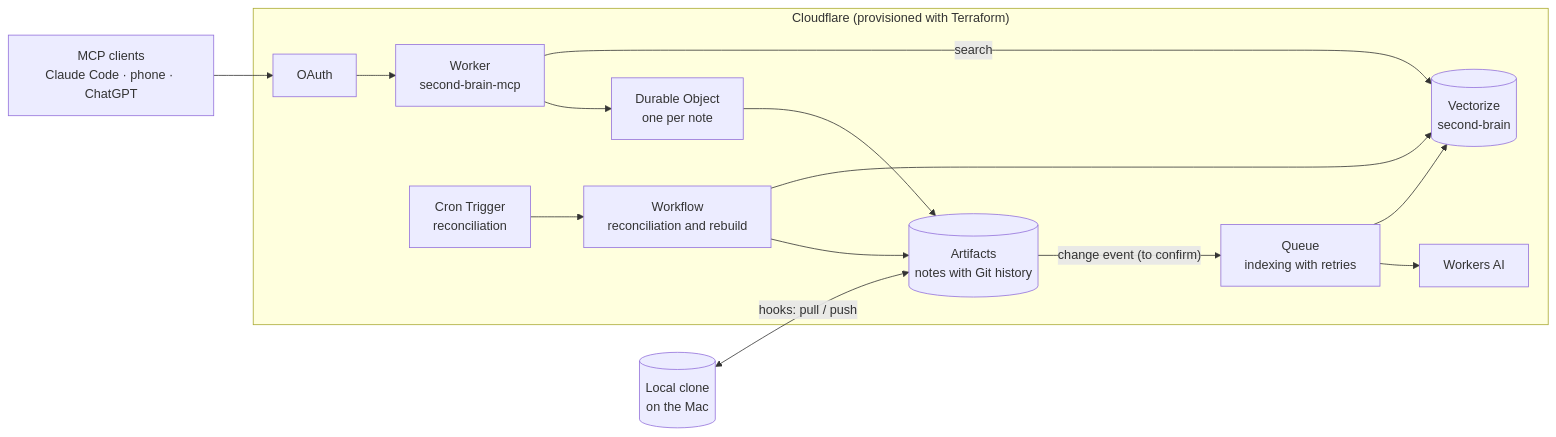
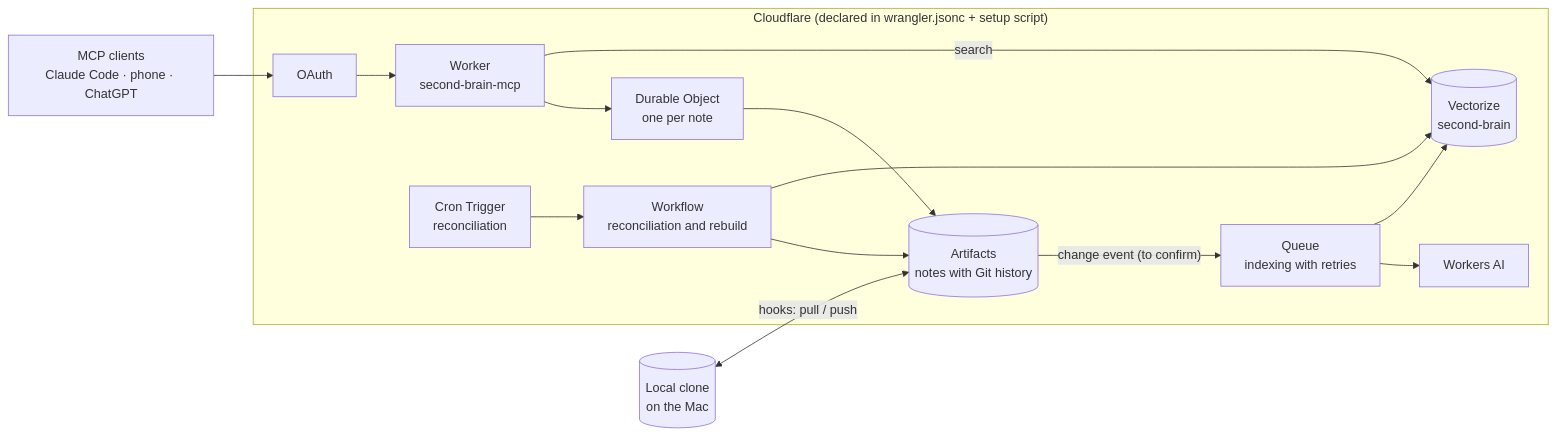
One commit to YudiG12/second-brain-mcp changed the diagram in docs/prd/v2.md. Above: the diagram before and after it, drawn with Mermaid. The commit also changed other lines of this file, not shown here.

Commit message:
PRD v2: infrastructure with Wrangler and a setup script (ADR 006) (#29)

````diff
--- a/docs/prd/v2.md
+++ b/docs/prd/v2.md
@@ -44,27 +44,27 @@
 ```mermaid
 flowchart LR
     clients["MCP clients<br/>Claude Code · phone · ChatGPT"]
-    subgraph cf["Cloudflare (provisioned with Terraform)"]
+    subgraph cf["Cloudflare (declared in wrangler.jsonc + setup script)"]
         oauth["OAuth"]
         worker["Worker<br/>second-brain-mcp"]
         dobj["Durable Object<br/>one per note"]
         notes[("Artifacts<br/>notes with Git history")]
         queue["Queue<br/>indexing with retries"]
         wf["Workflow<br/>reconciliation and rebuild"]
         ai["Workers AI"]
         vec[("Vectorize<br/>second-brain")]
         cron["Cron Trigger<br/>reconciliation"]
     end
     mac[("Local clone<br/>on the Mac")]
 
     clients --> oauth --> worker
     worker --> dobj --> notes
     worker -- "search" --> vec
     notes -- "change event (to confirm)" --> queue
     queue --> ai
     queue --> vec
     cron --> wf
     wf --> notes
     wf --> vec
     mac <-- "hooks: pull / push" --> notes
 ```
````
